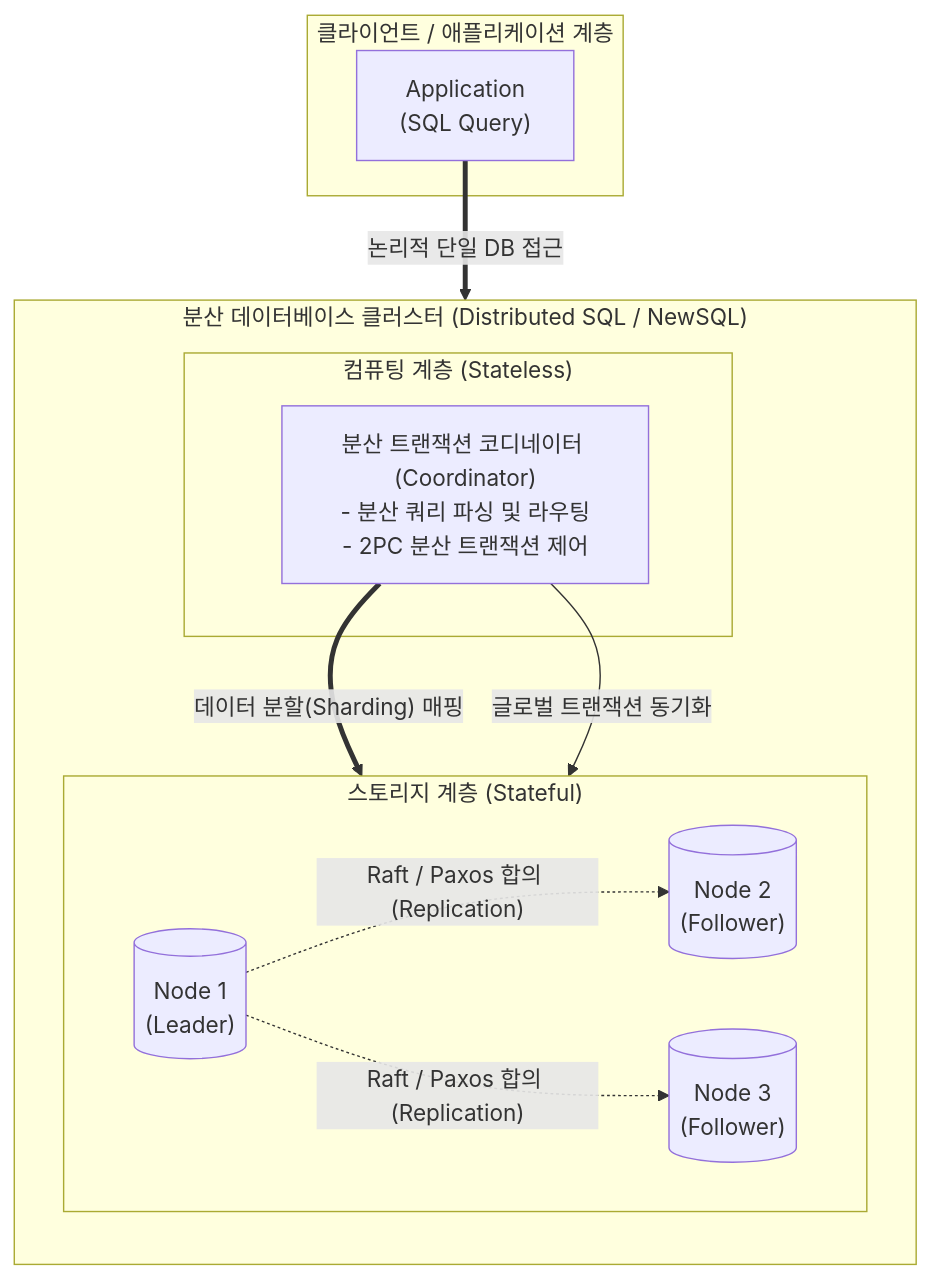
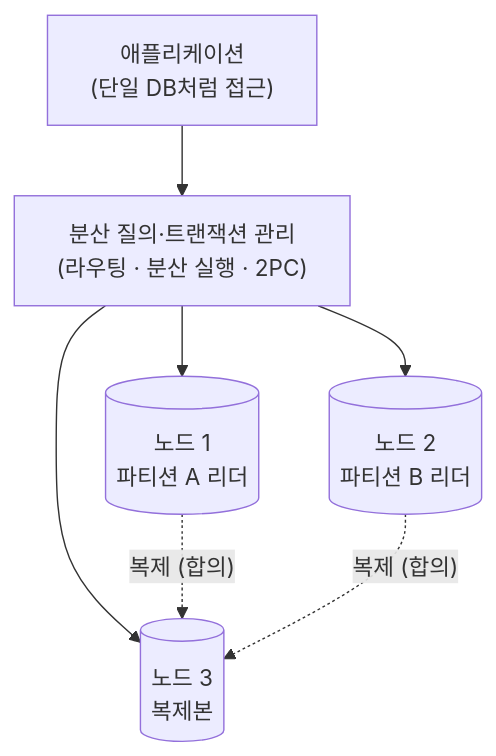
Before and after one commit to supremethumb/supremethumb.github.io: the diagram in content/01_IT Tech/분산 데이터베이스.md, drawn with Mermaid. The commit also changed other lines of this file and 1087 other files, not shown here.

````diff
--- a/content/01_IT Tech/분산 데이터베이스.md
+++ b/content/01_IT Tech/분산 데이터베이스.md
@@ -29,31 +35,9 @@
 ```mermaid
 flowchart TB
-    subgraph Client_App["클라이언트 / 애플리케이션 계층"]
-        App["Application<br/>(SQL Query)"]
-    end
-
-    subgraph Distributed_DB["분산 데이터베이스 클러스터 (Distributed SQL / NewSQL)"]
-        direction TB
-        
-        subgraph Compute_Layer["컴퓨팅 계층 (Stateless)"]
-            Coord["분산 트랜잭션 코디네이터 (Coordinator)<br/>- 분산 쿼리 파싱 및 라우팅<br/>- 2PC 분산 트랜잭션 제어"]
-        end
-        
-        subgraph Storage_Layer["스토리지 계층 (Stateful)"]
-            direction LR
-            Node1[("Node 1<br/>(Leader)")]
-            Node2[("Node 2<br/>(Follower)")]
-            Node3[("Node 3<br/>(Follower)")]
-            
-            Node1 -. "Raft / Paxos 합의 (Replication)" .-> Node2
-            Node1 -. "Raft / Paxos 합의 (Replication)" .-> Node3
-        end
-        
-        Coord == "데이터 분할(Sharding) 매핑" ==> Node1
-        Coord -->|글로벌 트랜잭션 동기화| Node2
-    end
-
-    App == "논리적 단일 DB 접근" ==> Coord
-
-
+    A["애플리케이션<br/>(단일 DB처럼 접근)"] --> C["분산 질의·트랜잭션 관리<br/>(라우팅 · 분산 실행 · 2PC)"]
+    C --> N1[("노드 1<br/>파티션 A 리더")]
+    C --> N2[("노드 2<br/>파티션 B 리더")]
+    C --> N3[("노드 3<br/>복제본")]
+    N1 -. "복제 (합의)" .-> N3
+    N2 -. "복제 (합의)" .-> N3
 ```
````
